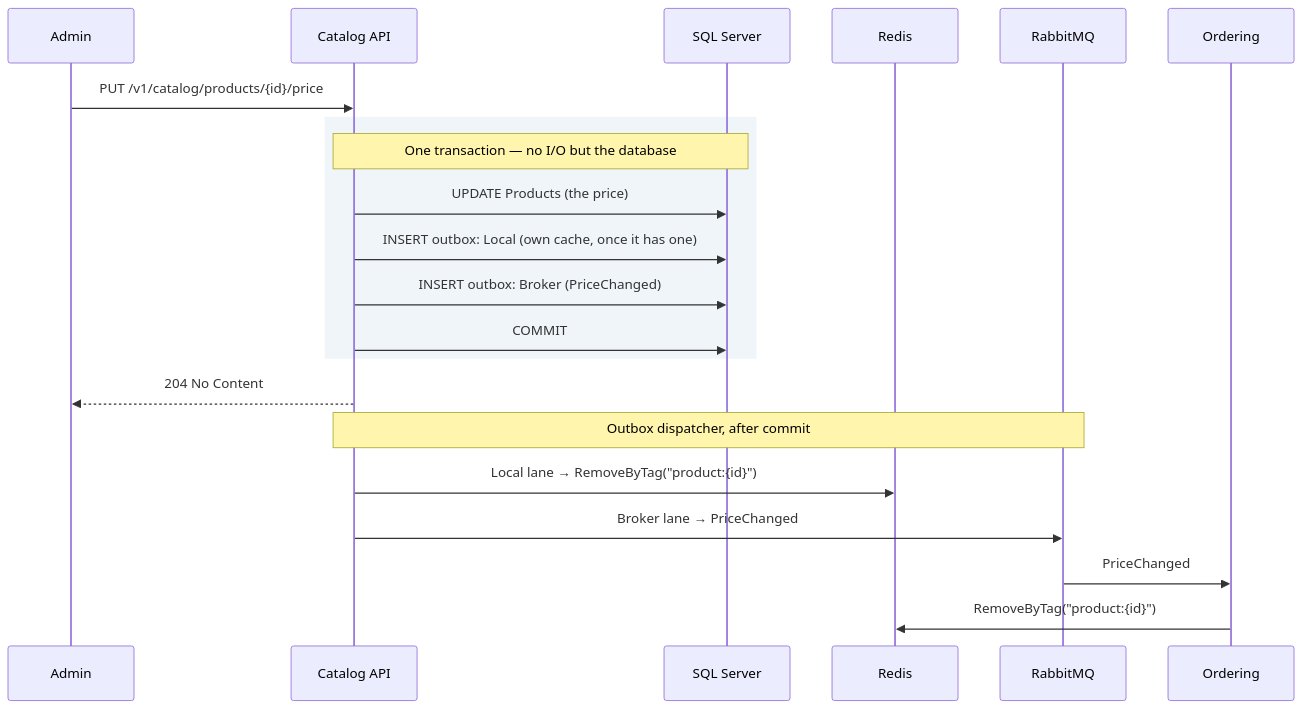
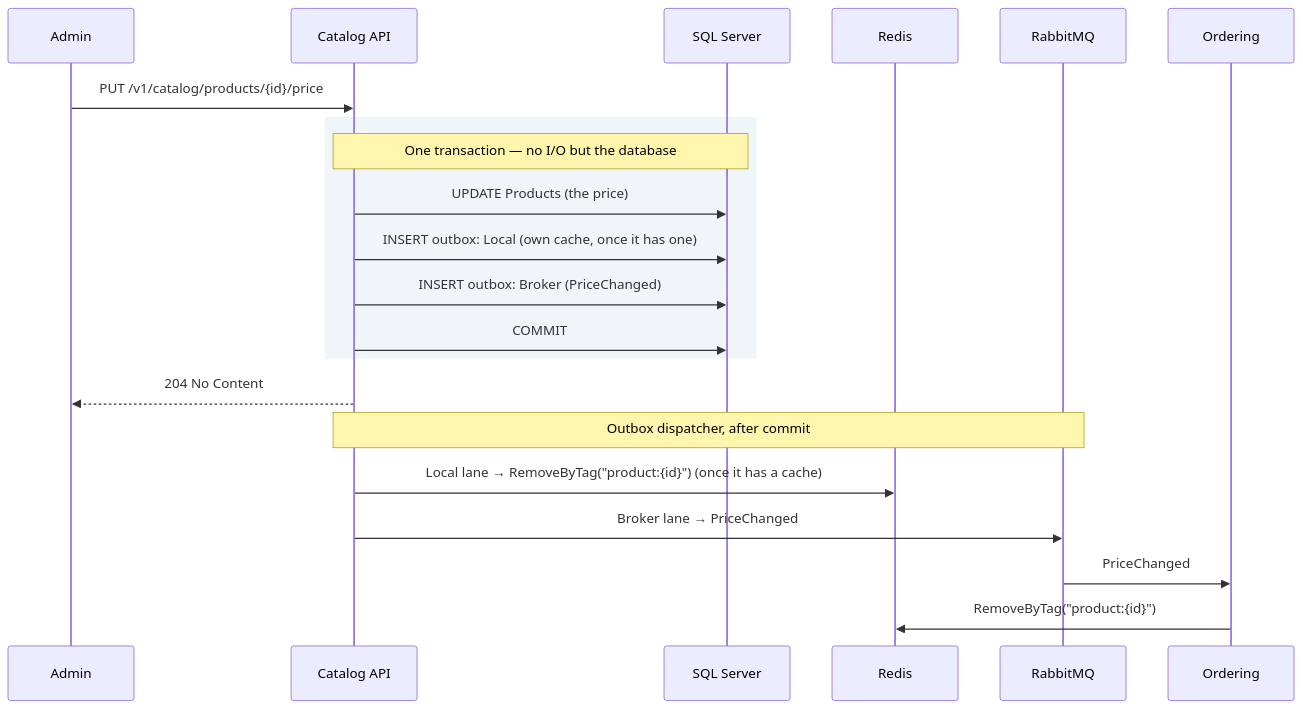
The diagram in docs/backend-architecture/08-caching-redis.md (alexander-shamray/blueprint-backend), drawn with Mermaid before and after one commit.

Commit message:
docs: §8.4's diagram delivers Catalog's Local row only once Catalog has a cache (validate-blueprint L2)
The branch qualified the diagram's staging line, "own cache, once it has
one", and left the delivery line two steps later unqualified, so the diagram
staged a row conditionally and delivered it always. Both lines now say the
same thing the paragraph under them does.

Claude-Session: https://claude.ai/code/session_01UiYR8yYgEcJMFRrCA6YwT4

````diff
--- a/docs/backend-architecture/08-caching-redis.md
+++ b/docs/backend-architecture/08-caching-redis.md
@@ -294,25 +294,25 @@
 ```mermaid
 sequenceDiagram
     participant A as Admin
     participant C as Catalog API
     participant DB as SQL Server
     participant R as Redis
     participant MQ as RabbitMQ
     participant O as Ordering
 
     A->>C: PUT /v1/catalog/products/{id}/price
     rect rgb(240, 245, 250)
     Note over C,DB: One transaction — no I/O but the database
     C->>DB: UPDATE Products (the price)
     C->>DB: INSERT outbox: Local (own cache, once it has one)
     C->>DB: INSERT outbox: Broker (PriceChanged)
     C->>DB: COMMIT
     end
     C-->>A: 204 No Content
 
     Note over C,MQ: Outbox dispatcher, after commit
-    C->>R: Local lane → RemoveByTag("product:{id}")
+    C->>R: Local lane → RemoveByTag("product:{id}") (once it has a cache)
     C->>MQ: Broker lane → PriceChanged
     MQ->>O: PriceChanged
     O->>R: RemoveByTag("product:{id}")
 ```
````
